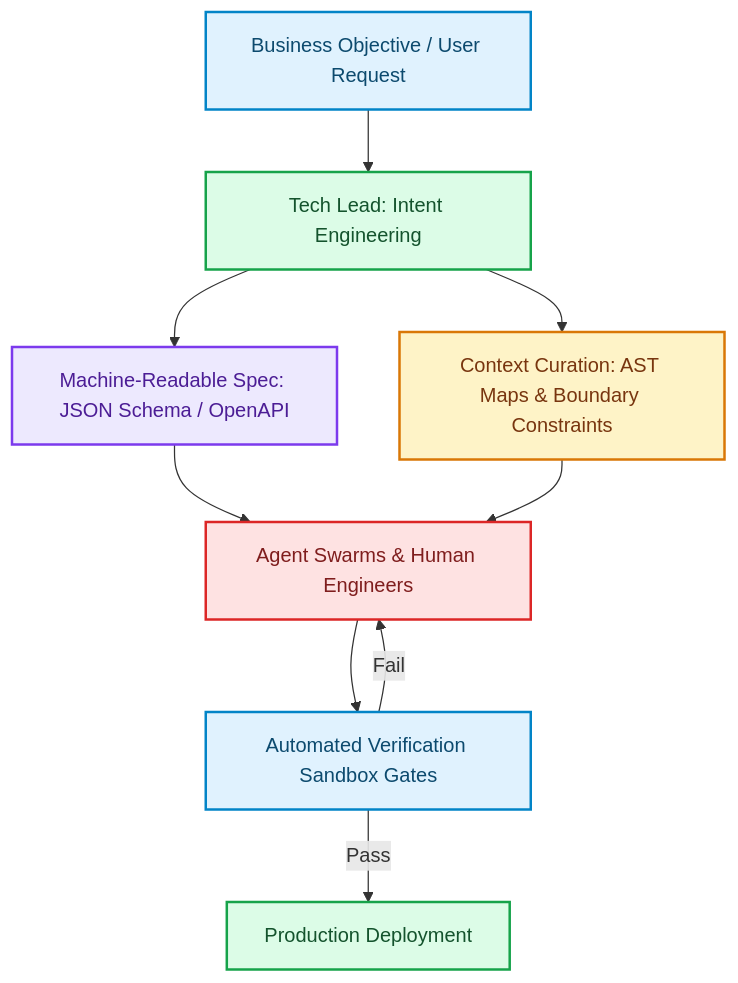
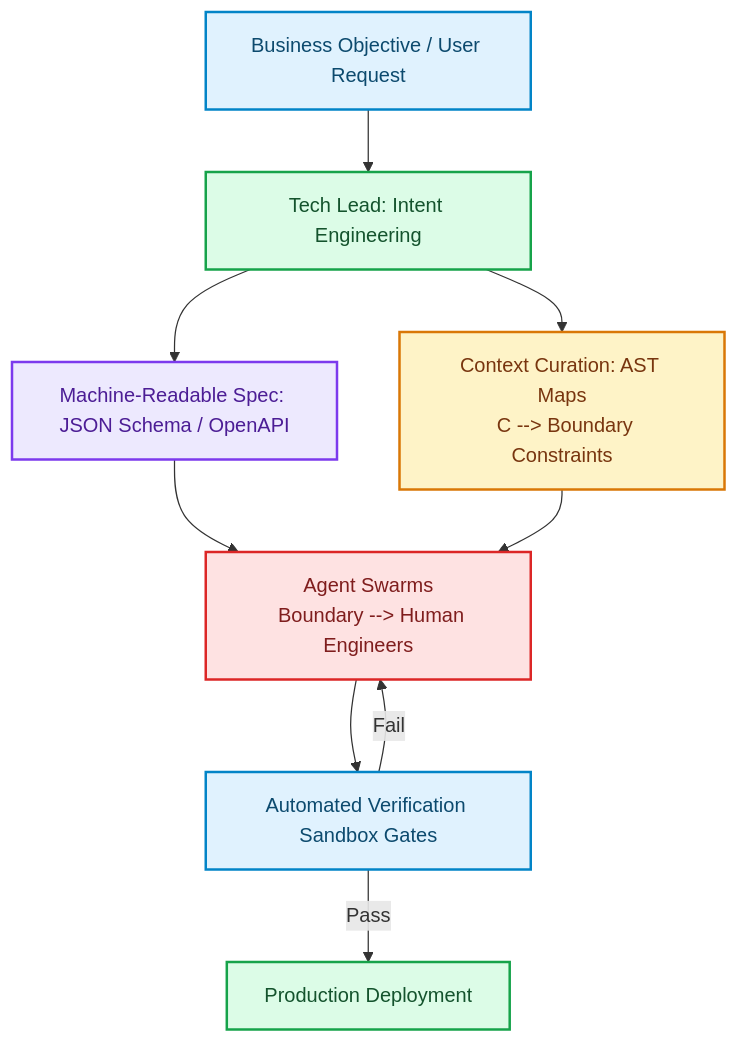
Before and after one commit to akmalkhaniub/akmalkhaniub.github.io: the diagram in blog/posts/tech-lead-architect-of-intent-spec-context-engineering.md, drawn with Mermaid. The commit also changed other lines of this file and 894 other files, not shown here.

Commit message:
feat(blog): upgrade all 444 posts with unique staggered dates, 2-col Mermaid spines, benchmark tables, code blocks, and trade-offs

````diff
--- a/blog/posts/tech-lead-architect-of-intent-spec-context-engineering.md
+++ b/blog/posts/tech-lead-architect-of-intent-spec-context-engineering.md
@@ -15,22 +15,24 @@
 ```mermaid
 flowchart TD
   A["Business Objective / User Request"] --> B["Tech Lead: Intent Engineering"]
   B --> C["Machine-Readable Spec: JSON Schema / OpenAPI"]
-  B --> D["Context Curation: AST Maps & Boundary Constraints"]
-  C --> E["Agent Swarms & Human Engineers"]
+  B --> D["Context Curation: AST Maps
+  C --> Boundary Constraints"]
+  C --> E["Agent Swarms
+  Boundary --> Human Engineers"]
   D --> E
   E --> F["Automated Verification Sandbox Gates"]
   F -->|Pass| G["Production Deployment"]
   F -->|Fail| E
 
 classDef green fill:#dcfce7,stroke:#16a34a,stroke-width:2px,color:#14532d;
 classDef red fill:#fee2e2,stroke:#dc2626,stroke-width:2px,color:#7f1d1d;
 classDef blue fill:#e0f2fe,stroke:#0284c7,stroke-width:2px,color:#0c4a6e;
 classDef yellow fill:#fef3c7,stroke:#d97706,stroke-width:2px,color:#78350f;
 classDef purple fill:#ede9fe,stroke:#7c3aed,stroke-width:2px,color:#4c1d95;
 class A,F blue
 class B,G green
 class C purple
 class D yellow
 class E red
 ```
````
